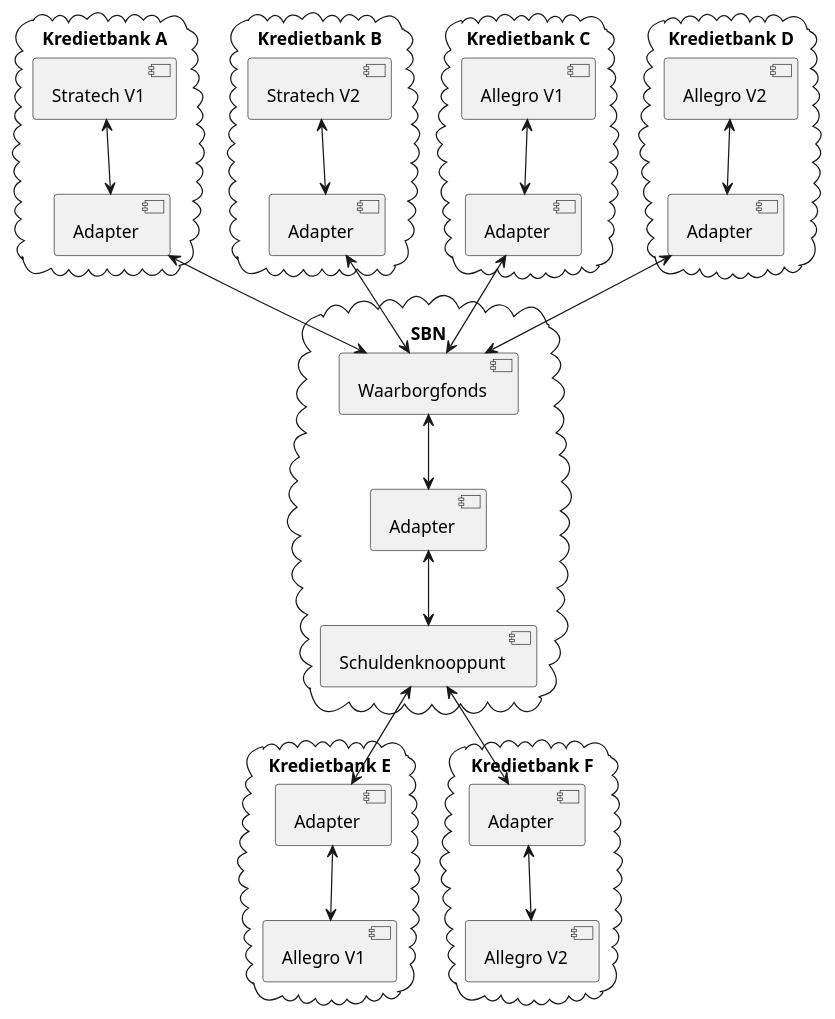
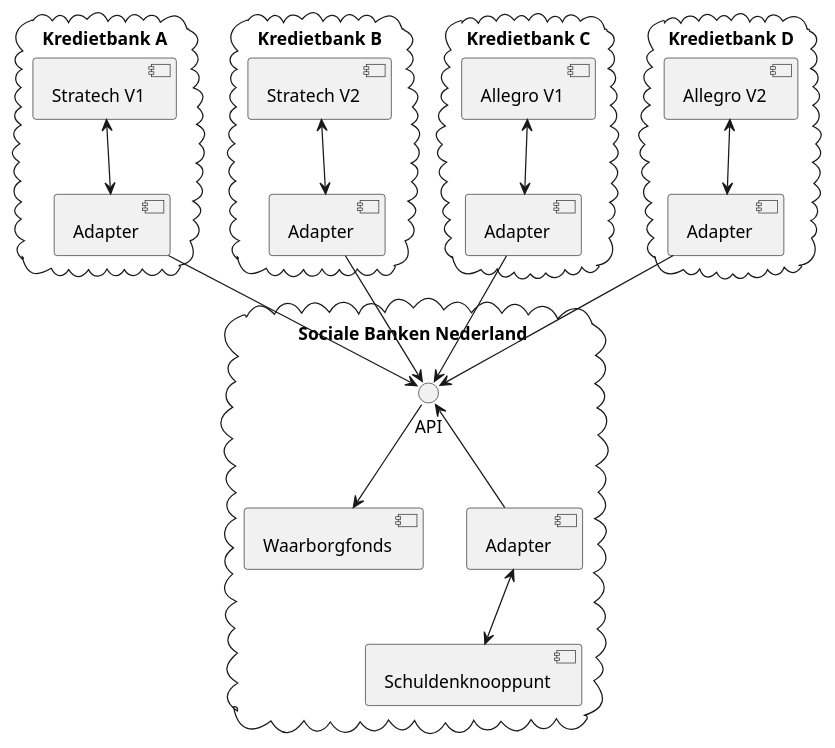
Before and after one commit to sbnnl/documentatie: the diagram in docs/besluiten/besluit-1/context.puml, drawn with PlantUML. The commit also changed 1 other file, not shown here.

```diff
--- a/docs/besluiten/besluit-1/context.puml
+++ b/docs/besluiten/besluit-1/context.puml
@@ -1,62 +1,48 @@
 @startuml
 
 cloud "Kredietbank A" {
     [Stratech V1] as KbaStratech
     [Adapter] as KbaAdapter
 
     KbaStratech <--> KbaAdapter
 }
 
 cloud "Kredietbank B" {
     [Stratech V2] as KbfStratech
     [Adapter] as KbfAdapter
 
     KbfStratech <--> KbfAdapter
 }
 
 
 cloud "Kredietbank C" {
     [Allegro V1] as KbbAllegro
     [Adapter] as KbbAdapter
 
     KbbAllegro <--> KbbAdapter
 }
 
 cloud "Kredietbank D" {
     [Allegro V2] as KbcAllegro
     [Adapter] as KbcAdapter
 
     KbcAllegro <--> KbcAdapter
 }
 
-cloud "Kredietbank E" {
-    [Allegro V1] as KbdAllegro
-    [Adapter] as KbdAdapter
+cloud "Sociale Banken Nederland" {
+    [Waarborgfonds] as WBF
+    () "API" as API
+    [Schuldenknooppunt]    
+    [Adapter] as SchuldenknooppuntAdapter
 
-    KbdAdapter <--> KbdAllegro
+    API --> WBF
+    API <-- SchuldenknooppuntAdapter
+    SchuldenknooppuntAdapter <--> Schuldenknooppunt
 }
 
-cloud "Kredietbank F" {
-    [Allegro V2] as KbeAllegro
-    [Adapter] as KbeAdapter
-
-    KbeAdapter <--> KbeAllegro
-}
-
-cloud "SBN" {
-    [Waarborgfonds] as WBF
-    [Schuldenknooppunt]    
-    [Adapter] as SchuldenknooppuntAdapter
-}
-
-KbfAdapter <--> WBF
-KbaAdapter <--> WBF
-KbbAdapter <--> WBF
-KbcAdapter <--> WBF
-WBF <--> SchuldenknooppuntAdapter
-SchuldenknooppuntAdapter <--> Schuldenknooppunt
-
-Schuldenknooppunt <--> KbdAdapter
-Schuldenknooppunt <--> KbeAdapter
+KbfAdapter --> API
+KbaAdapter --> API
+KbbAdapter --> API
+KbcAdapter --> API
 
 @enduml
```
